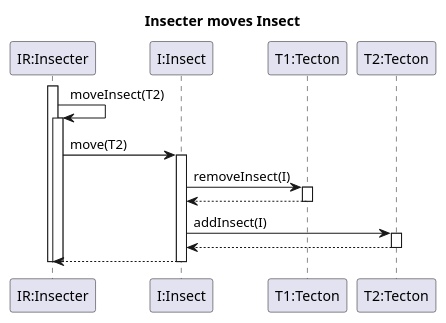
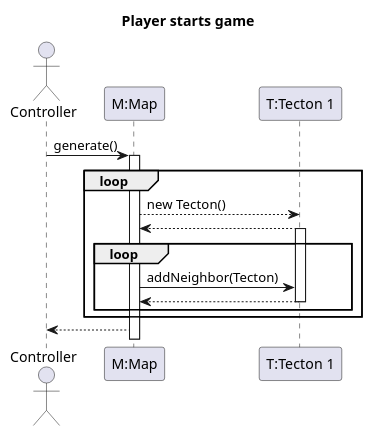
Before and after one commit to Petya-G/fungorium: the diagram in 3/sequence/startGame.puml, drawn with PlantUML.

Commit message:
# startgame diagram

```diff
--- a/3/sequence/startGame.puml
+++ b/3/sequence/startGame.puml
@@ -1,30 +1,23 @@
-@startuml moveInsect
-title Insecter moves Insect
+@startuml startGame
+title Player starts game
 
-participant "IR:Insecter" as IR
-participant "I:Insect" as I
-participant "T1:Tecton" as T1
-participant "T2:Tecton" as T2
+actor Controller
+participant "M:Map" as M
+participant "T:Tecton 1" as T
 
+Controller -> M : generate()
 
-activate IR
-IR -> IR: moveInsect(T2)
-activate IR
-IR -> I: move(T2) 
-activate I
-I -> T1: removeInsect(I)
-activate T1
-T1 --> I:
-deactivate T1
-I -> T2: addInsect(I)
-activate T2
-T2 --> I:
-deactivate T2
+activate M
+    loop
+        M --> T : new Tecton()
+        M <-- T
 
-I --> IR
-
-deactivate I
-
-deactivate IR
-deactivate IR
+        loop
+            activate T
+                M -> T : addNeighbor(Tecton)
+                M <-- T
+            deactivate T
+        end
+    end
+Controller <-- M
 @enduml
```
